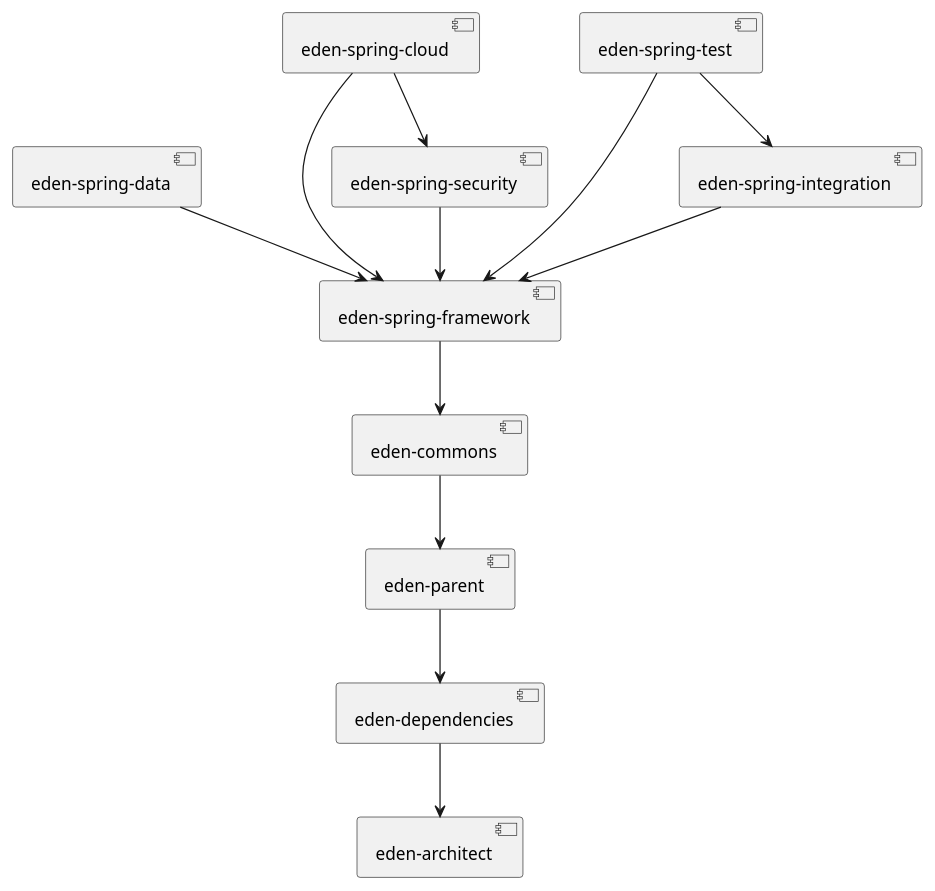
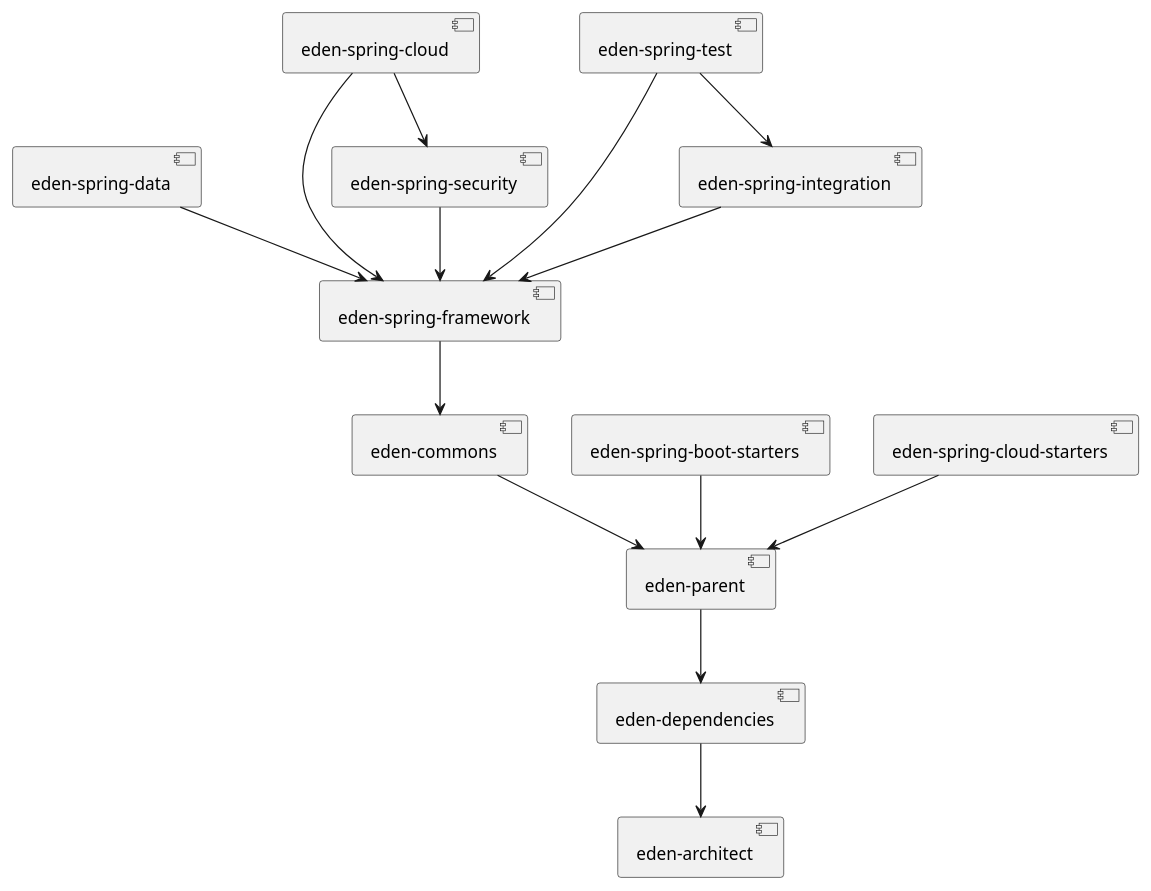
The diagram in src/docs/uml/component.puml (shiyindaxiaojie/eden-architect), drawn with PlantUML before and after one commit.

Commit message:
优化架构

```diff
--- a/src/docs/uml/component.puml
+++ b/src/docs/uml/component.puml
@@ -1,15 +1,16 @@
 @startuml
 
 [eden-dependencies] --> [eden-architect]
 [eden-parent] --> [eden-dependencies]
 [eden-commons] --> [eden-parent]
 [eden-spring-framework] --> [eden-commons]
 [eden-spring-data] --> [eden-spring-framework]
 [eden-spring-security] --> [eden-spring-framework]
 [eden-spring-integration] --> [eden-spring-framework]
 [eden-spring-cloud] --> [eden-spring-framework]
 [eden-spring-cloud] --> [eden-spring-security]
 [eden-spring-test] --> [eden-spring-framework]
 [eden-spring-test] --> [eden-spring-integration]
-
+[eden-spring-boot-starters] --> [eden-parent]
+[eden-spring-cloud-starters] --> [eden-parent]
 @enduml
```
